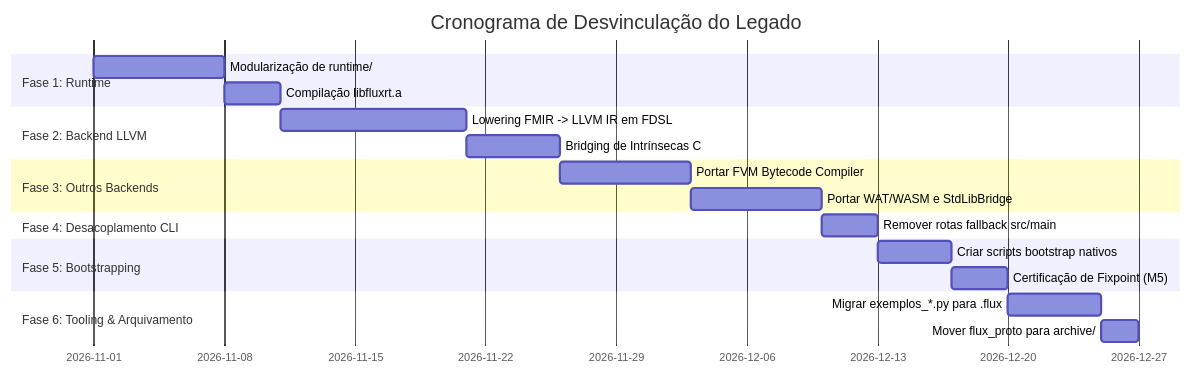
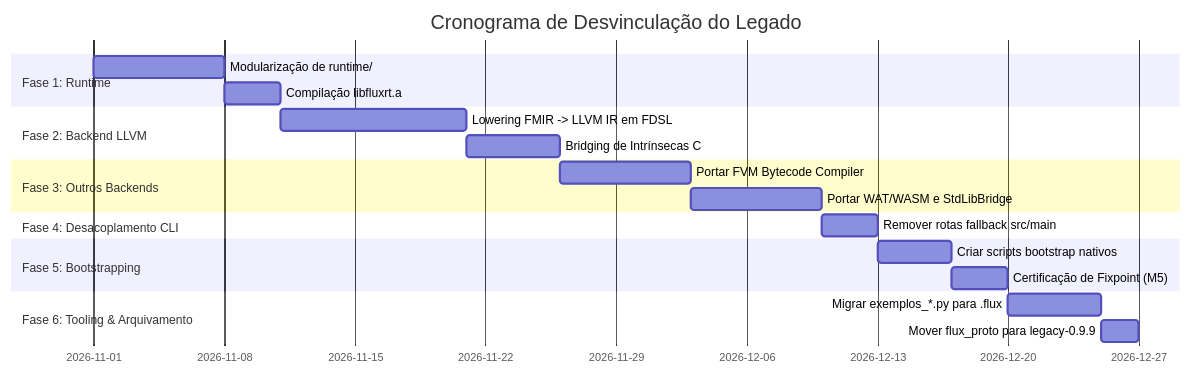
The fourth of 4 diagrams in docs/SELFHOSTED.md (alfcanova/TheFlux), drawn with Mermaid before and after one commit. The commit also changed other lines of this file and 1983 other files, not shown here.

````diff
--- a/docs/SELFHOSTED.md
+++ b/docs/SELFHOSTED.md
@@ -337,22 +337,22 @@
 ```mermaid
 gantt
     title Cronograma de Desvinculação do Legado
     dateFormat  YYYY-MM-DD
     section Fase 1: Runtime
     Modularização de runtime/         :p1, 2026-11-01, 7d
     Compilação libfluxrt.a            :p2, after p1, 3d
     section Fase 2: Backend LLVM
     Lowering FMIR -> LLVM IR em FDSL :p3, after p2, 10d
     Bridging de Intrínsecas C         :p4, after p3, 5d
     section Fase 3: Outros Backends
     Portar FVM Bytecode Compiler      :p5, after p4, 7d
     Portar WAT/WASM e StdLibBridge    :p6, after p5, 7d
     section Fase 4: Desacoplamento CLI
     Remover rotas fallback src/main   :p7, after p6, 3d
     section Fase 5: Bootstrapping
     Criar scripts bootstrap nativos   :p8, after p7, 4d
     Certificação de Fixpoint (M5)     :p9, after p8, 3d
     section Fase 6: Tooling & Arquivamento
     Migrar exemplos_*.py para .flux   :p10, after p9, 5d
-    Mover flux_proto para archive/    :p11, after p10, 2d
+    Mover flux_proto para legacy-0.9.9:p11, after p10, 2d
 ```
````
